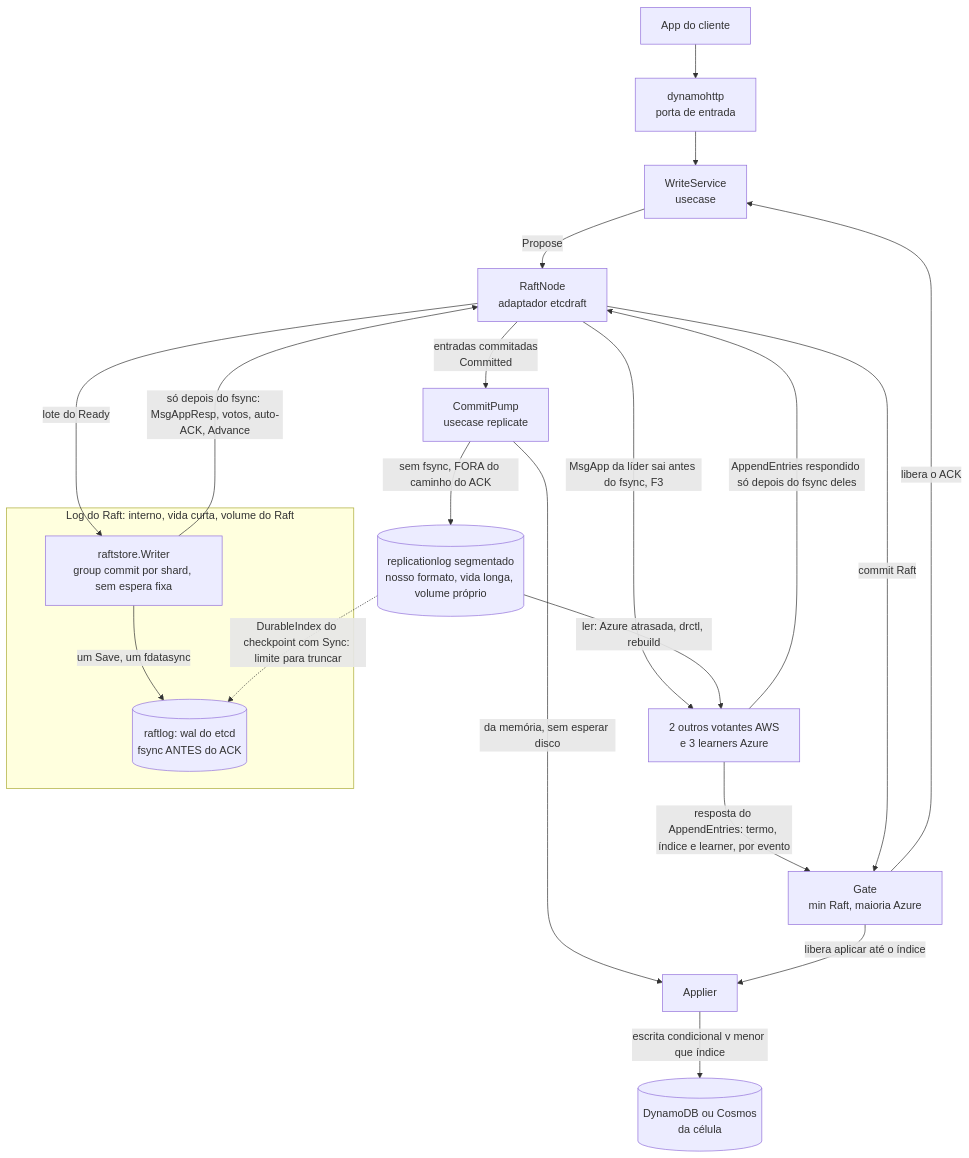
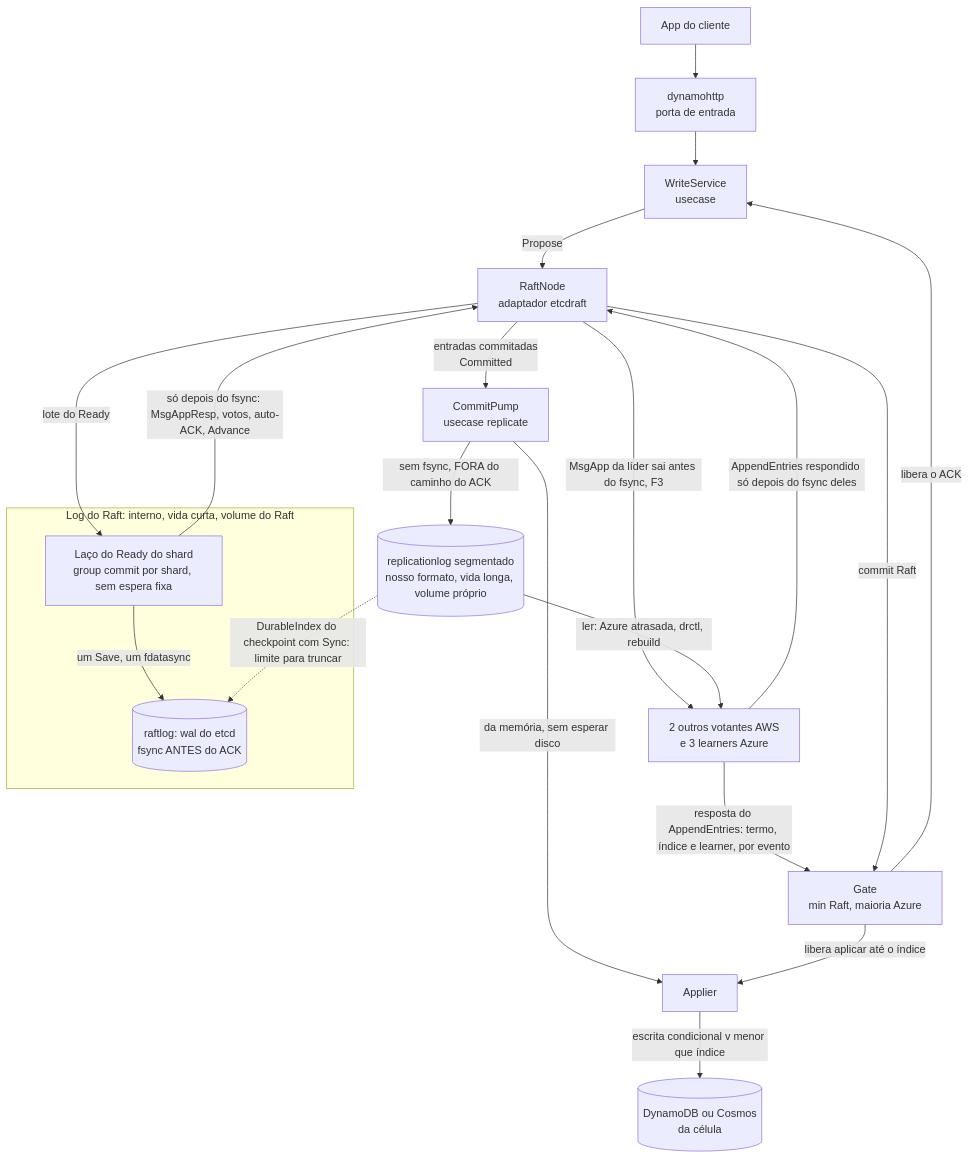
Before and after one commit to brbarmex/k: the second of 10 diagrams in doc/05_implementacao/02_desenho_e_diagramas.md, drawn with Mermaid. The commit also changed other lines of this file and 87 other files, not shown here.

````diff
--- a/doc/05_implementacao/02_desenho_e_diagramas.md
+++ b/doc/05_implementacao/02_desenho_e_diagramas.md
@@ -57,25 +57,25 @@
 ```mermaid
 flowchart TD
     CLI["App do cliente"] --> API["dynamohttp<br/>porta de entrada"]
     API --> WS["WriteService<br/>usecase"]
     WS -->|"Propose"| RAFT["RaftNode<br/>adaptador etcdraft"]
     subgraph RL["Log do Raft: interno, vida curta, volume do Raft"]
-        WR["raftstore.Writer<br/>group commit por shard, sem espera fixa"]
+        WR["Laço do Ready do shard<br/>group commit por shard, sem espera fixa"]
         RLOG[("raftlog: wal do etcd<br/>fsync ANTES do ACK")]
     end
     RAFT -->|"lote do Ready"| WR
     WR -->|"um Save, um fdatasync"| RLOG
     WR -->|"só depois do fsync: MsgAppResp, votos, auto-ACK, Advance"| RAFT
     RAFT -->|"MsgApp da líder sai antes do fsync, F3"| PEERS["2 outros votantes AWS<br/>e 3 learners Azure"]
     PEERS -->|"AppendEntries respondido só depois do fsync deles"| RAFT
     PEERS -->|"resposta do AppendEntries: termo, índice e learner, por evento"| GATE["Gate<br/>min Raft, maioria Azure"]
     RAFT -->|"commit Raft"| GATE
     RAFT -->|"entradas commitadas<br/>Committed"| PUMP["CommitPump<br/>usecase replicate"]
     PUMP -->|"da memória, sem esperar disco"| APP["Applier"]
     PUMP -->|"sem fsync, FORA do caminho do ACK"| REP[("replicationlog segmentado<br/>nosso formato, vida longa, volume próprio")]
     GATE -->|"libera o ACK"| WS
     GATE -->|"libera aplicar até o índice"| APP
     APP -->|"escrita condicional v menor que índice"| DB[("DynamoDB ou Cosmos<br/>da célula")]
     REP -.->|"DurableIndex do checkpoint com Sync: limite para truncar"| RLOG
     REP -->|"ler: Azure atrasada, drctl, rebuild"| PEERS
 ```
````
